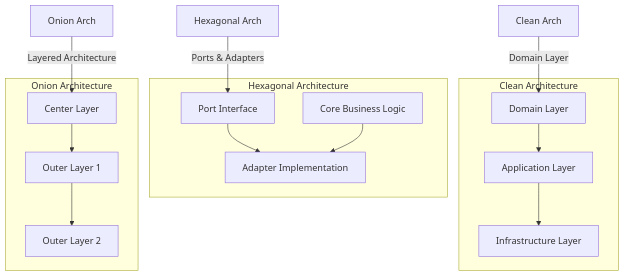
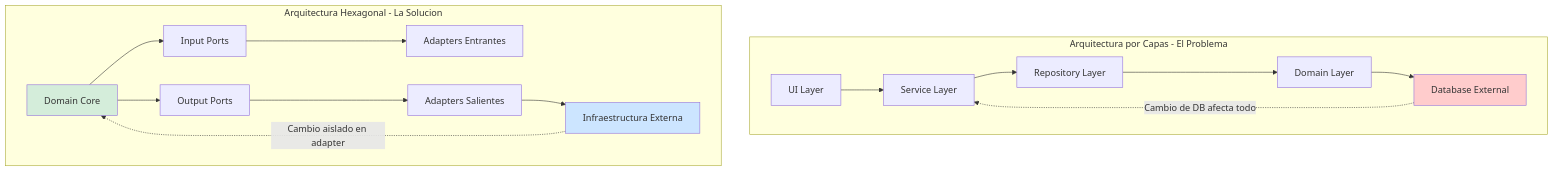
Before and after one commit to Joaquinriosheredia/DAM-Java-Mastery: the first of 3 diagrams in _Review/arquitectura_clean_vs_hexagonal_vs_onion/arquitectura_clean_vs_hexagonal_vs_onion.md, drawn with Mermaid. The commit also changed other lines of this file, not shown here.

Commit message:
arquitectura_clean_vs_hexagonal_vs_onion.md

````diff
--- a/_Review/arquitectura_clean_vs_hexagonal_vs_onion/arquitectura_clean_vs_hexagonal_vs_onion.md
+++ b/_Review/arquitectura_clean_vs_hexagonal_vs_onion/arquitectura_clean_vs_hexagonal_vs_onion.md
@@ -1137,24 +71,23 @@
 ```mermaid
 graph TD
-  subgraph Clean Architecture
-    A[Domain Layer] --> B[Application Layer]
-    B --> C[Infrastructure Layer]
-  end
-
-  subgraph Hexagonal Architecture
-    D[Port Interface] --> E[Adapter Implementation]
-    F[Core Business Logic] --> E
-  end
-
-  subgraph Onion Architecture
-    G[Center Layer] --> H[Outer Layer 1] --> I[Outer Layer 2]
-  end
-
-  A1[Clean Arch]
-  B1[Hexagonal Arch]
-  C1[Onion Arch]
-
-  A1 -- "Domain Layer" --> A
-  B1 -- "Ports & Adapters" --> D
-  C1 -- "Layered Architecture" --> G
+    subgraph "Arquitectura por Capas - El Problema"
+        A[UI Layer] --> B[Service Layer]
+        B --> C[Repository Layer]
+        C --> D[Domain Layer]
+        D --> E[Database External]
+        E -.->|Cambio de DB afecta todo| B
+    end
+    
+    subgraph "Arquitectura Hexagonal - La Solucion"
+        F[Domain Core] --> G[Input Ports]
+        F --> H[Output Ports]
+        G --> I[Adapters Entrantes]
+        H --> J[Adapters Salientes]
+        J --> K[Infraestructura Externa]
+        K -.->|Cambio aislado en adapter| F
+    end
+    
+    style E fill:#ffcccc
+    style F fill:#d4edda
+    style K fill:#cce5ff
 ```
````
